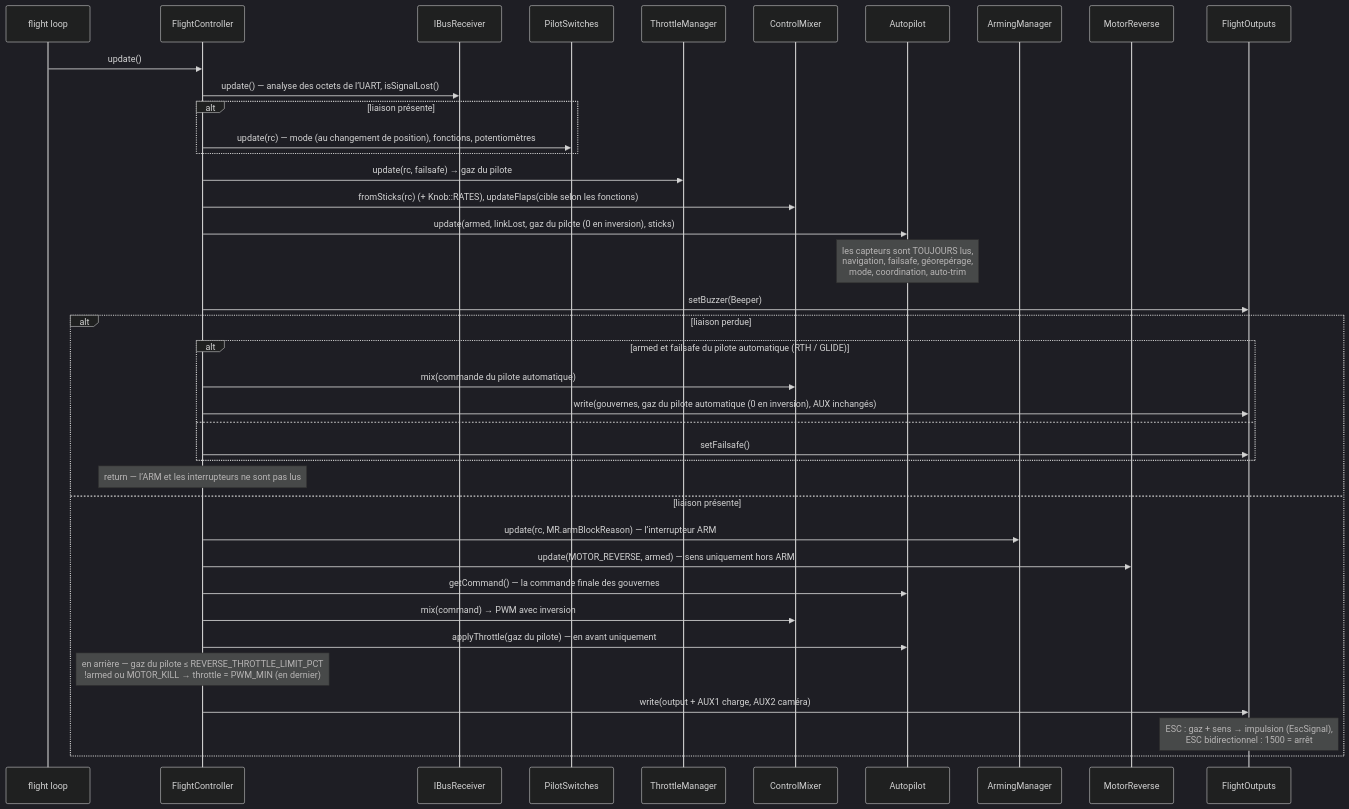
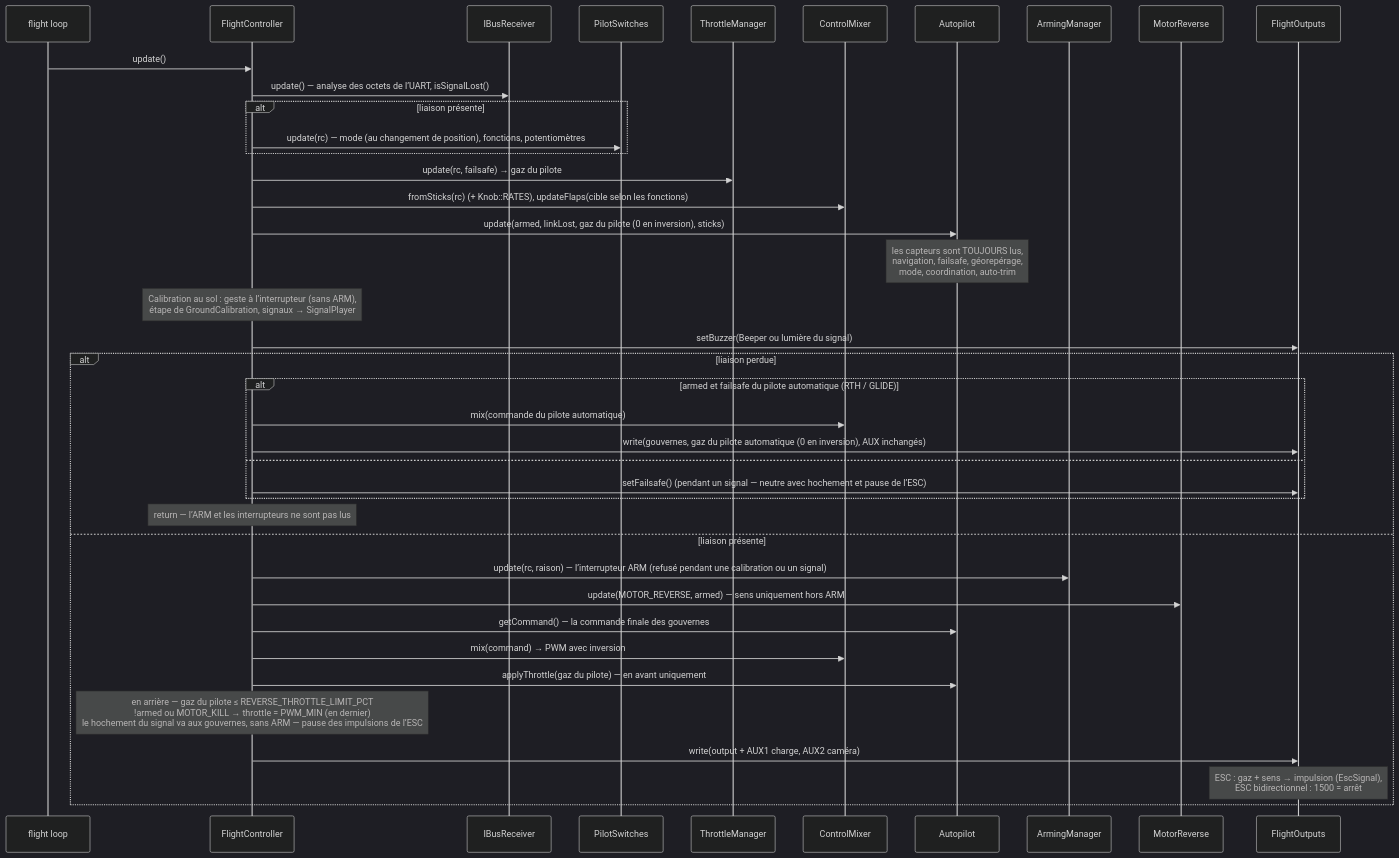
Before and after one commit to damir-lebedev/OpenPlaneProject: the sixth of 12 diagrams in docs/i18n/fr/ARCHITECTURE.md, drawn with Mermaid (dark theme). The commit also changed other lines of this file and 215 other files, not shown here.

````diff
--- a/docs/i18n/fr/ARCHITECTURE.md
+++ b/docs/i18n/fr/ARCHITECTURE.md
@@ -355,42 +355,43 @@
 ```mermaid
 sequenceDiagram
     participant L as flight loop
     participant FC as FlightController
     participant RX as IBusReceiver
     participant SW as PilotSwitches
     participant TM as ThrottleManager
     participant MX as ControlMixer
     participant AP as Autopilot
     participant AM as ArmingManager
     participant MR as MotorReverse
     participant OUT as FlightOutputs
 
     L->>FC: update()
     FC->>RX: update() — analyse des octets de l’UART, isSignalLost()
     alt liaison présente
         FC->>SW: update(rc) — mode (au changement de position), fonctions, potentiomètres
     end
     FC->>TM: update(rc, failsafe) → gaz du pilote
     FC->>MX: fromSticks(rc) (+ Knob::RATES), updateFlaps(cible selon les fonctions)
     FC->>AP: update(armed, linkLost, gaz du pilote (0 en inversion), sticks)
     Note over AP: les capteurs sont TOUJOURS lus,<br/>navigation, failsafe, géorepérage,<br/>mode, coordination, auto-trim
-    FC->>OUT: setBuzzer(Beeper)
+    Note over FC: Calibration au sol : geste à l’interrupteur (sans ARM),<br/>étape de GroundCalibration, signaux → SignalPlayer
+    FC->>OUT: setBuzzer(Beeper ou lumière du signal)
     alt liaison perdue
         alt armed et failsafe du pilote automatique (RTH / GLIDE)
             FC->>MX: mix(commande du pilote automatique)
             FC->>OUT: write(gouvernes, gaz du pilote automatique (0 en inversion), AUX inchangés)
         else
-            FC->>OUT: setFailsafe()
+            FC->>OUT: setFailsafe() (pendant un signal — neutre avec hochement et pause de l’ESC)
         end
         Note over FC: return — l’ARM et les interrupteurs ne sont pas lus
     else liaison présente
-        FC->>AM: update(rc, MR.armBlockReason) — l’interrupteur ARM
+        FC->>AM: update(rc, raison) — l’interrupteur ARM (refusé pendant une calibration ou un signal)
         FC->>MR: update(MOTOR_REVERSE, armed) — sens uniquement hors ARM
         FC->>AP: getCommand() — la commande finale des gouvernes
         FC->>MX: mix(command) → PWM avec inversion
         FC->>AP: applyThrottle(gaz du pilote) — en avant uniquement
-        Note over FC: en arrière — gaz du pilote ≤ REVERSE_THROTTLE_LIMIT_PCT<br/>!armed ou MOTOR_KILL → throttle = PWM_MIN (en dernier)
+        Note over FC: en arrière — gaz du pilote ≤ REVERSE_THROTTLE_LIMIT_PCT<br/>!armed ou MOTOR_KILL → throttle = PWM_MIN (en dernier)<br/>le hochement du signal va aux gouvernes, sans ARM — pause des impulsions de l’ESC
         FC->>OUT: write(output + AUX1 charge, AUX2 caméra)
         Note over OUT: ESC : gaz + sens → impulsion (EscSignal),<br/>ESC bidirectionnel : 1500 = arrêt
     end
 ```
````
